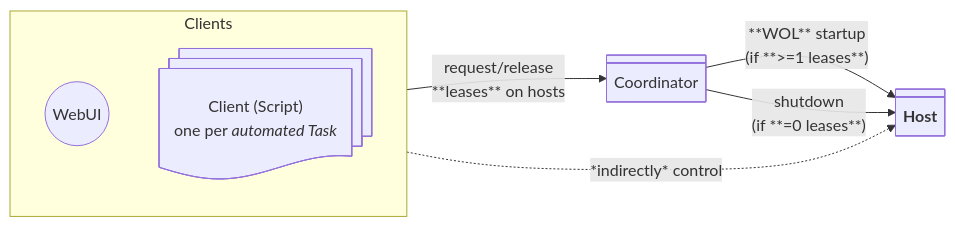
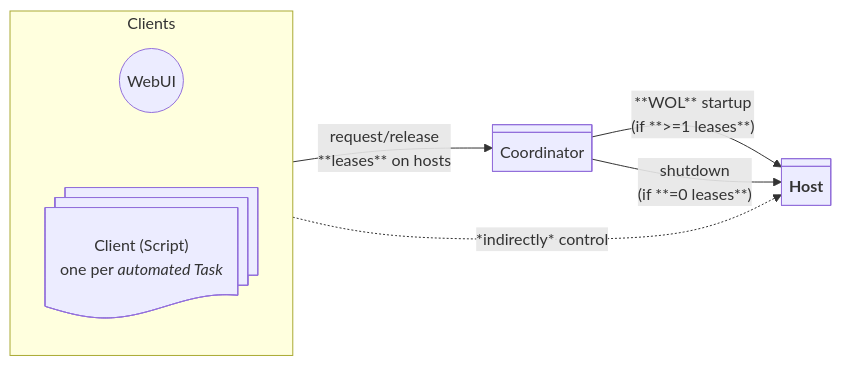
Before and after one commit to 9SMTM6/shuthost: the diagram in frontend/assets/client_controller_interaction.mmd, drawn with Mermaid. The commit also changed 5 other files, not shown here.

Commit message:
Add client to agent-only diagram, small layout changes to diagrams

```diff
--- a/frontend/assets/client_controller_interaction.mmd
+++ b/frontend/assets/client_controller_interaction.mmd
@@ -1,22 +1,25 @@
 flowchart LR
     %% Client-WebUI-Controller-Host Interactions
 
     %% Nodes
     subgraph clients["Clients"]
+        direction TB
         webui@{ shape: circle, label: "WebUI" }
         client@{ shape: docs, label: "Client (Script)<br>one per *automated Task*" }
+        %% Invisible link, otherwise direction doesn't do anything... mermaid is kinda a mess
+        webui ~~~ client
     end
     coordinator@{ shape: div-proc, label: "Coordinator" }
     host@{ shape: div-proc, label: "**Host**" }
 
     %% Relationships
     clients --> |"request/release<br>**leases** on hosts"| coordinator
     clients -.-> |"*indirectly* control"| host
     coordinator --> |"**WOL** startup<br>(if **>=1 leases**)"| host
     coordinator --> |"shutdown<br>(if **=0 leases**)"| host
 
     class clients clients
     class webui webui
     class client client
     class coordinator coordinator
     class host host
```
